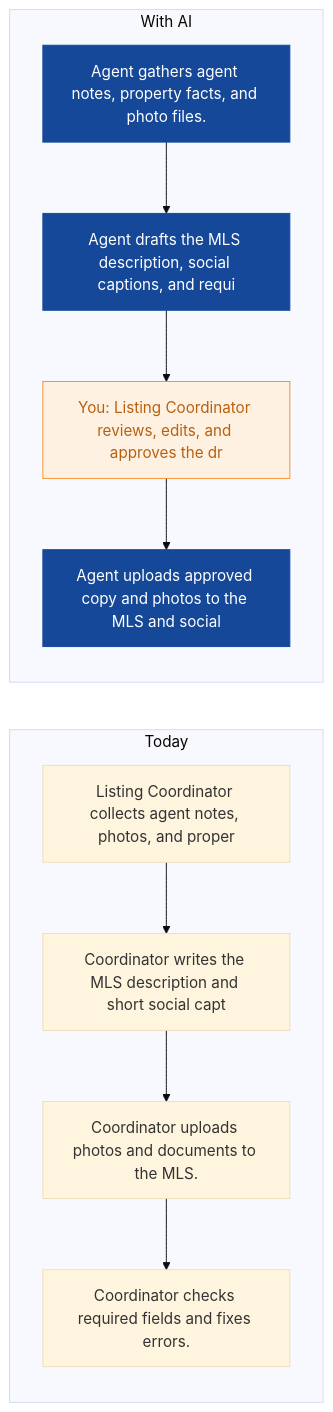
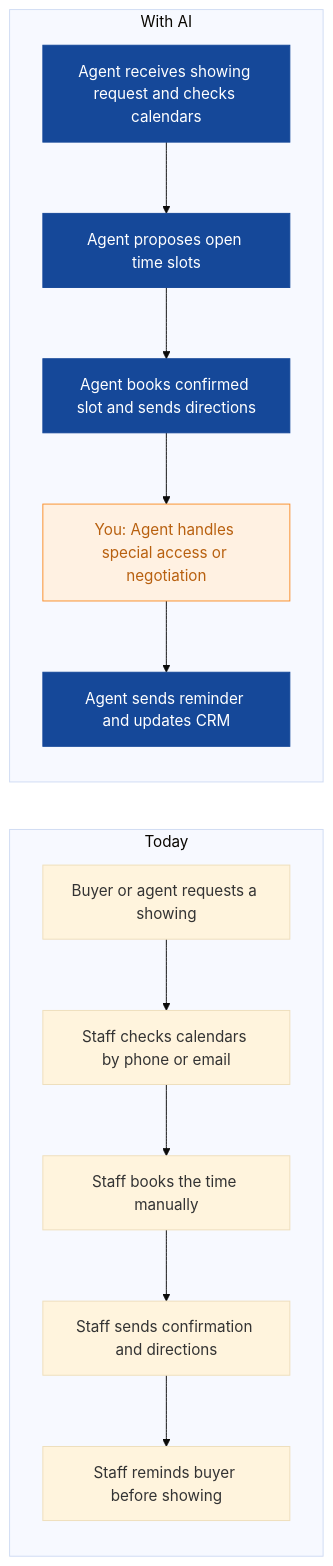
Before and after one commit to nexibeo/Complete-AI-Strategy: the second of 9 diagrams in strategies/northpeak-realty.md, drawn with Mermaid (base theme). The commit also changed other lines of this file and 26 other files, not shown here.

````diff
--- a/strategies/northpeak-realty.md
+++ b/strategies/northpeak-realty.md
@@ -74,21 +81,23 @@
 ```mermaid
 flowchart LR
   subgraph Today
-    B0["Listing Coordinator collects agent notes, photos, and proper"]
-    B1["Coordinator writes the MLS description and short social capt"]
-    B2["Coordinator uploads photos and documents to the MLS."]
-    B3["Coordinator checks required fields and fixes errors."]
-    B0 --> B1 --> B2 --> B3
+    B0["Buyer or agent requests a showing"]
+    B1["Staff checks calendars by phone or email"]
+    B2["Staff books the time manually"]
+    B3["Staff sends confirmation and directions"]
+    B4["Staff reminds buyer before showing"]
+    B0 --> B1 --> B2 --> B3 --> B4
   end
   subgraph WithAI[With AI]
-    A0["Agent gathers agent notes, property facts, and photo files."]
-    A1["Agent drafts the MLS description, social captions, and requi"]
-    A2["You: Listing Coordinator reviews, edits, and approves the dr"]
-    A3["Agent uploads approved copy and photos to the MLS and social"]
-    A0 --> A1 --> A2 --> A3
+    A0["Agent receives showing request and checks calendars"]
+    A1["Agent proposes open time slots"]
+    A2["Agent books confirmed slot and sends directions"]
+    A3["You: Agent handles special access or negotiation"]
+    A4["Agent sends reminder and updates CRM"]
+    A0 --> A1 --> A2 --> A3 --> A4
   end
   classDef ai fill:#154899,color:#fff,stroke:#154899
   classDef human fill:#FFF1E2,color:#B8600F,stroke:#F98F2C
-  class A0,A1,A3 ai
-  class A2 human
+  class A0,A1,A2,A4 ai
+  class A3 human
 ```
````
